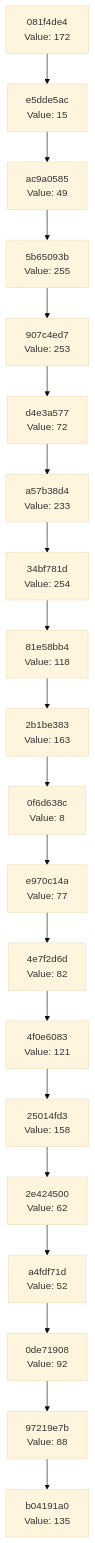
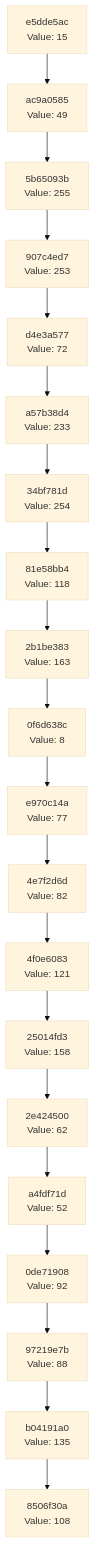
Before and after one commit to Abhisheksinha1506/hash-chain-evolver: the diagram in docs/CHAIN_VISUALIZATION.md, drawn with Mermaid (base theme). The commit also changed 3 other files, not shown here.

````diff
--- a/docs/CHAIN_VISUALIZATION.md
+++ b/docs/CHAIN_VISUALIZATION.md
@@ -3,42 +3,42 @@
 ```mermaid
 graph TD
-    C0["b04191a0<br/>Value: 135"]
-    C1["97219e7b<br/>Value: 88"]
+    C0["8506f30a<br/>Value: 108"]
+    C1["b04191a0<br/>Value: 135"]
     C1 --> C0
-    C2["0de71908<br/>Value: 92"]
+    C2["97219e7b<br/>Value: 88"]
     C2 --> C1
-    C3["a4fdf71d<br/>Value: 52"]
+    C3["0de71908<br/>Value: 92"]
     C3 --> C2
-    C4["2e424500<br/>Value: 62"]
+    C4["a4fdf71d<br/>Value: 52"]
     C4 --> C3
-    C5["25014fd3<br/>Value: 158"]
+    C5["2e424500<br/>Value: 62"]
     C5 --> C4
-    C6["4f0e6083<br/>Value: 121"]
+    C6["25014fd3<br/>Value: 158"]
     C6 --> C5
-    C7["4e7f2d6d<br/>Value: 82"]
+    C7["4f0e6083<br/>Value: 121"]
     C7 --> C6
-    C8["e970c14a<br/>Value: 77"]
+    C8["4e7f2d6d<br/>Value: 82"]
     C8 --> C7
-    C9["0f6d638c<br/>Value: 8"]
+    C9["e970c14a<br/>Value: 77"]
     C9 --> C8
-    C10["2b1be383<br/>Value: 163"]
+    C10["0f6d638c<br/>Value: 8"]
     C10 --> C9
-    C11["81e58bb4<br/>Value: 118"]
+    C11["2b1be383<br/>Value: 163"]
     C11 --> C10
-    C12["34bf781d<br/>Value: 254"]
+    C12["81e58bb4<br/>Value: 118"]
     C12 --> C11
-    C13["a57b38d4<br/>Value: 233"]
+    C13["34bf781d<br/>Value: 254"]
     C13 --> C12
-    C14["d4e3a577<br/>Value: 72"]
+    C14["a57b38d4<br/>Value: 233"]
     C14 --> C13
-    C15["907c4ed7<br/>Value: 253"]
+    C15["d4e3a577<br/>Value: 72"]
     C15 --> C14
-    C16["5b65093b<br/>Value: 255"]
+    C16["907c4ed7<br/>Value: 253"]
     C16 --> C15
-    C17["ac9a0585<br/>Value: 49"]
+    C17["5b65093b<br/>Value: 255"]
     C17 --> C16
-    C18["e5dde5ac<br/>Value: 15"]
+    C18["ac9a0585<br/>Value: 49"]
     C18 --> C17
-    C19["081f4de4<br/>Value: 172"]
+    C19["e5dde5ac<br/>Value: 15"]
     C19 --> C18
 ```
````
